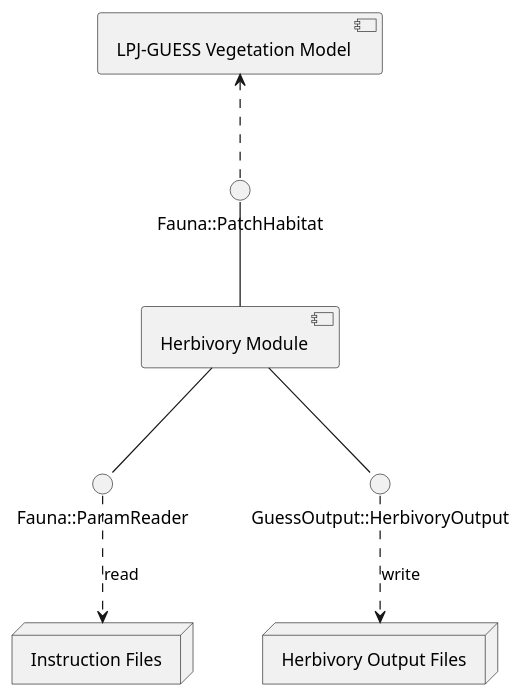
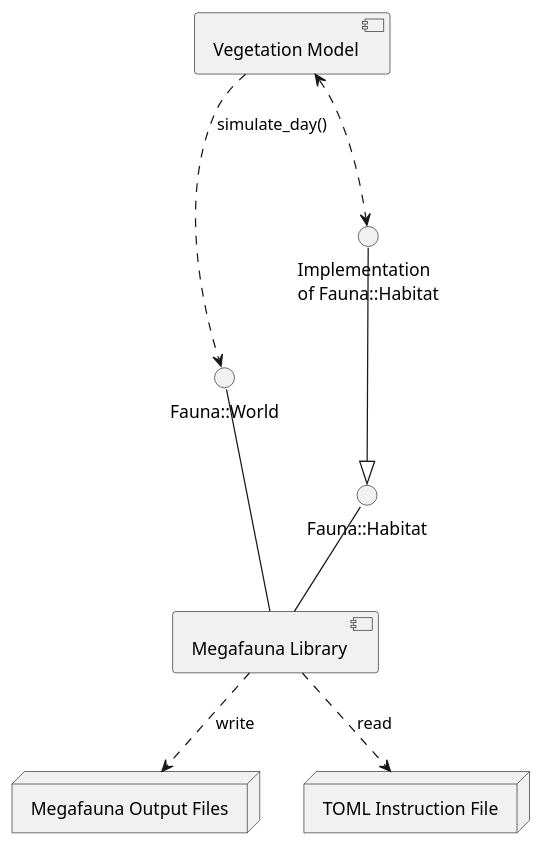
Before and after one commit to wtraylor/modular_megafauna_model: the first of 21 diagrams in docs/diagrams.iuml, drawn with PlantUML.

Commit message:
Remaster diagram of basic components

```diff
--- a/docs/diagrams.iuml
+++ b/docs/diagrams.iuml
@@ -11,15 +11,16 @@
 @startuml (id=basic_components)
-	[Herbivory Module] as herbivory
-	() "Fauna::ParamReader" as paramreader
-	() "Fauna::PatchHabitat" as patchhabitat
-	() "GuessOutput::HerbivoryOutput" as herbivoutput
-	node "Herbivory Output Files" as outputfiles
-	[LPJ-GUESS Vegetation Model] as guess
-	node "Instruction Files" as insfiles
-	guess        <..  patchhabitat
-	patchhabitat  --  herbivory
-	herbivory     --  herbivoutput
-	herbivoutput  ..> outputfiles : write
-	herbivory     --  paramreader
-	paramreader   ..> insfiles  : read
+  [Megafauna Library] as library
+	() "Fauna::Habitat" as habitat
+  () "Fauna::World" as world
+  () "Implementation\nof Fauna::Habitat" as myhabitat
+  node "Megafauna Output Files" as outputfiles
+  [Vegetation Model] as vegetation
+  node "TOML Instruction File" as insfile
+  vegetation   <..>  myhabitat
+  myhabitat     --|> habitat
+  habitat       --   library
+  library       ..>  outputfiles : write
+  library       ..>  insfile  : read
+  vegetation    ..>  world : simulate_day()
+  world         --   library
 @enduml
```
